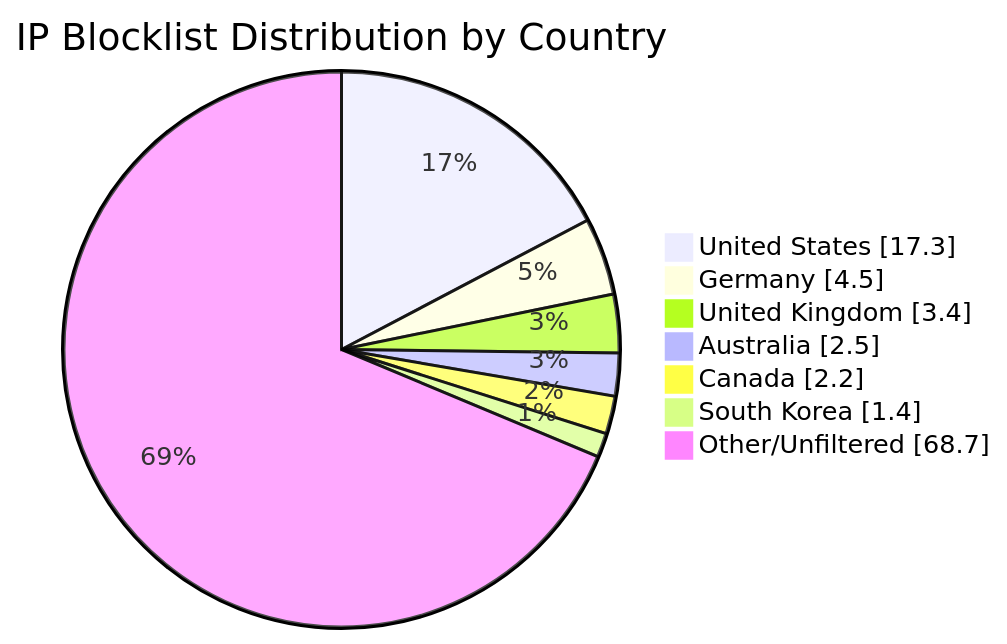
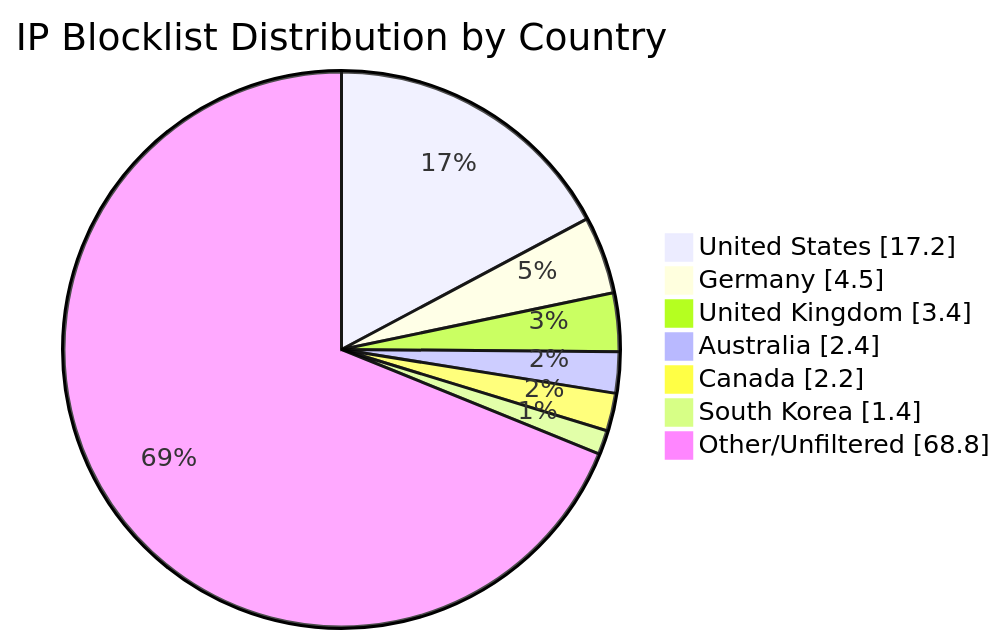
The diagram in README.md (MarcusHoltz/ipblocklist-geofiltered-aggregator), drawn with Mermaid before and after one commit. The commit also changed other lines of this file and 9 other files, not shown here.

````diff
--- a/README.md
+++ b/README.md
@@ -34,10 +34,10 @@
 ```mermaid
 pie showData title IP Blocklist Distribution by Country
-"United States" : 17.3
+"United States" : 17.2
 "Germany" : 4.5
 "United Kingdom" : 3.4
-"Australia" : 2.5
+"Australia" : 2.4
 "Canada" : 2.2
 "South Korea" : 1.4
-"Other/Unfiltered" : 68.7
+"Other/Unfiltered" : 68.8
 ```
````
